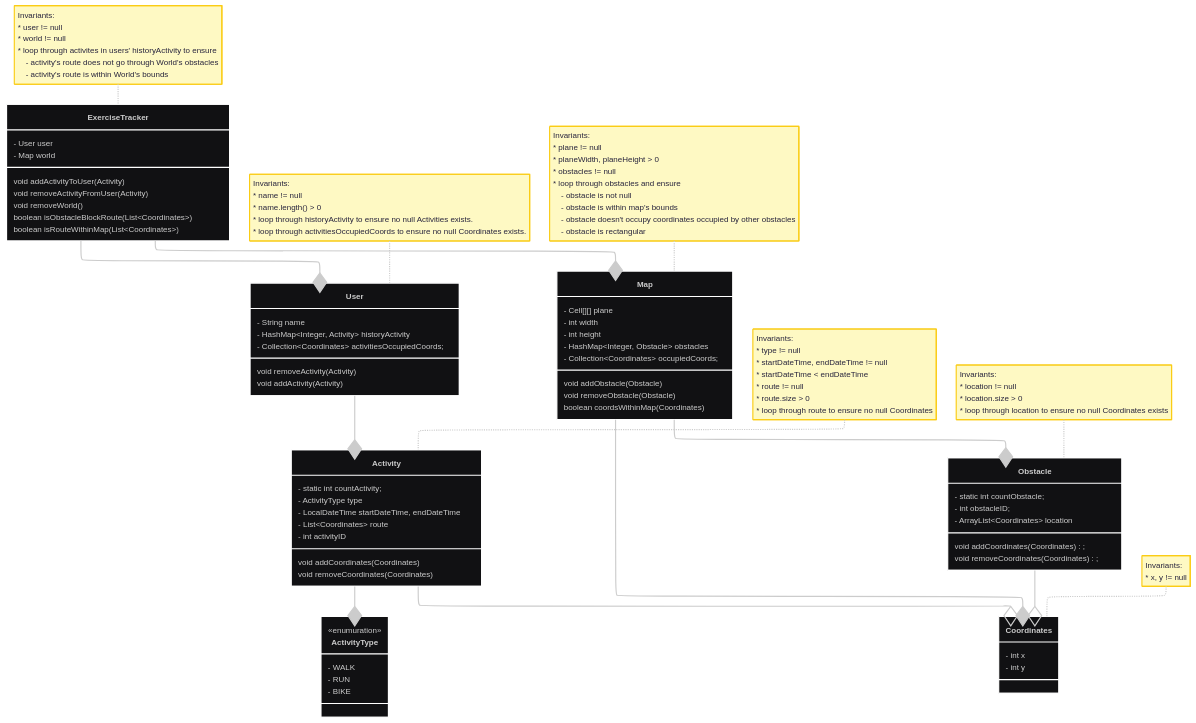
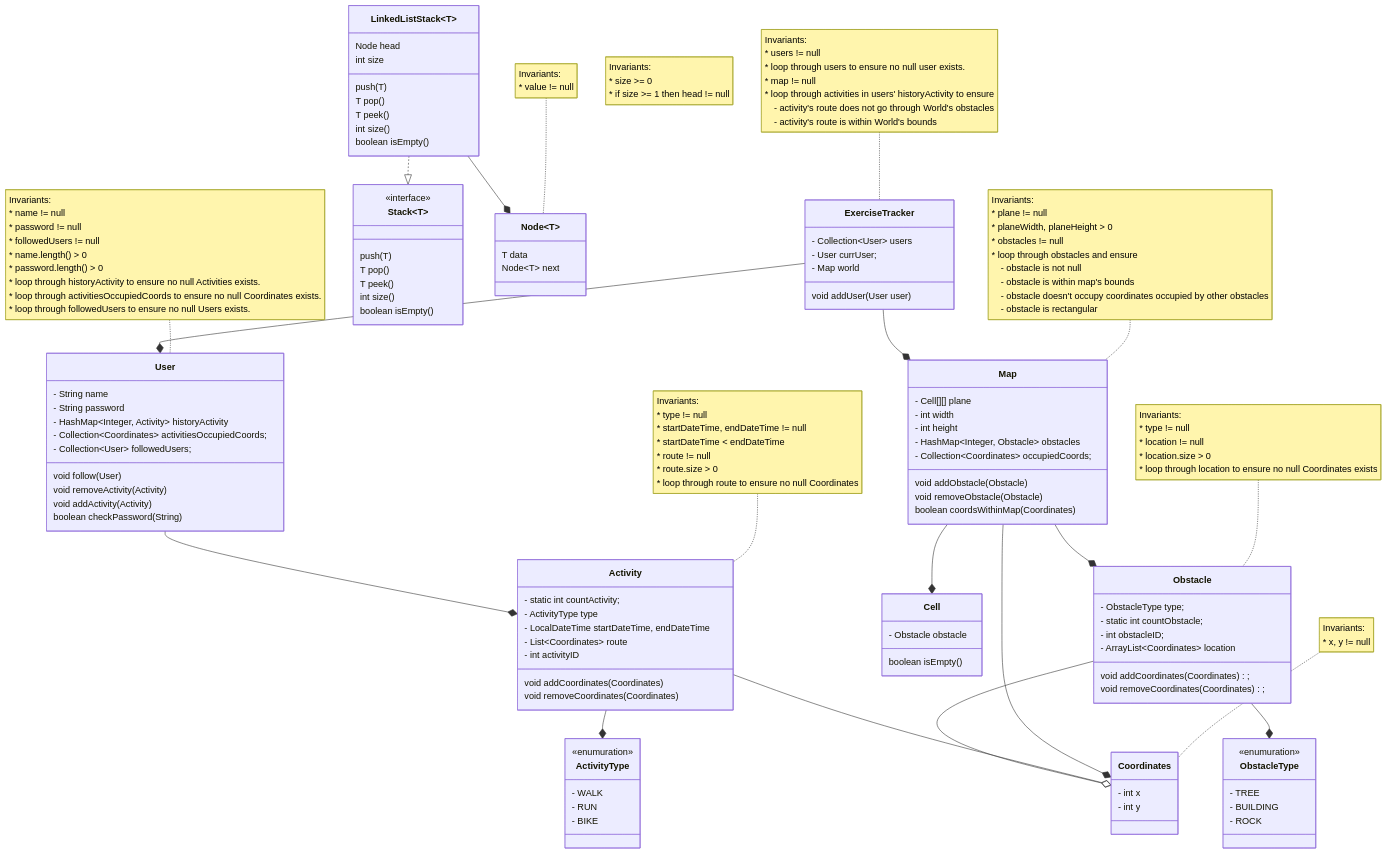
One commit to yudil-dev/Kudh changed the seventh of 7 diagrams in README.MD. Above: the diagram before and after it, drawn with Mermaid. The commit also changed other lines of this file and 69 other files, not shown here.

````diff
--- a/README.MD
+++ b/README.MD
@@ -69,28 +262,24 @@
 ```mermaid
----
-config:
-  theme: redux-dark
-  layout: elk
----
 classDiagram
     direction TB
     class ExerciseTracker {
-        - User user
+        - Collection~User~ users
+        - User currUser;
         - Map world
-        void addActivityToUser(Activity)
-        void removeActivityFromUser(Activity)
-        void removeWorld()
-        boolean isObstacleBlockRoute(List~Coordinates~)
-        boolean isRouteWithinMap(List~Coordinates~)
+        void addUser(User user) 
     }
 
     class User {
         - String name
+        - String password
         - HashMap~Integer, Activity~ historyActivity
         - Collection~Coordinates~ activitiesOccupiedCoords;
+        - Collection~User~ followedUsers;
 
+        void follow(User)
         void removeActivity(Activity)
         void addActivity(Activity)
+        boolean checkPassword(String)
     }
 
     class Activity {
@@ -113,18 +302,22 @@
         - Cell[][] plane
         - int width
         - int height
-
         - HashMap~Integer, Obstacle~ obstacles
         - Collection~Coordinates~ occupiedCoords;
-
         void addObstacle(Obstacle)
         void removeObstacle(Obstacle)
+        boolean coordsWithinMap(Coordinates)
+        
+    }
 
-        boolean coordsWithinMap(Coordinates)
+    class Cell {
+        - Obstacle obstacle
 
+        boolean isEmpty()
     }
 
     class Obstacle {
+        - ObstacleType type;
         - static int countObstacle;
         - int obstacleID;
         - ArrayList~Coordinates~ location
@@ -132,26 +325,67 @@
         void removeCoordinates(Coordinates) ;
     }
 
+    class ObstacleType {
+        - TREE
+        - BUILDING
+        - ROCK
+    }
+
     class Coordinates {
         - int x
         - int y
     }
 
+
+    class Stack~T~{
+        push(T)
+        T pop()
+        T peek()
+        int size()
+        boolean isEmpty()
+    }
+    <<interface>> Stack
+
+    class LinkedListStack~T~ {
+        Node head
+        int size
+
+        push(T)
+        T pop()
+        T peek()
+        int size()
+        boolean isEmpty()
+    }
+
+    class Node~T~ {
+        T data
+        Node~T~ next
+    }
+
+    LinkedListStack ..|> Stack
+    LinkedListStack --* Node
+
     <<enumuration>> ActivityType
+    <<enumuration>> ObstacleType
 
     note for ExerciseTracker " Invariants:
-    * user != null
-    * world != null
-    * loop through activites in users' historyActivity to ensure
+    * users != null
+    * loop through users to ensure no null user exists.
+    * map != null
+    * loop through activities in users' historyActivity to ensure
     &emsp;- activity's route does not go through World's obstacles
     &emsp;- activity's route is within World's bounds
     
     "
     note for User "Invariants:
         * name != null
+        * password != null
+        * followedUsers != null
         * name.length() > 0
+        * password.length() > 0
         * loop through historyActivity to ensure no null Activities exists.
         * loop through activitiesOccupiedCoords to ensure no null Coordinates exists.
+        * loop through followedUsers to ensure no null Users exists.
     "
     note for Activity "Invariants:
         * type != null
@@ -172,6 +406,7 @@
         &emsp;- obstacle is rectangular
     "
     note for Obstacle "Invariants:
+        * type != null
         * location != null
         * location.size > 0
         * loop through location to ensure no null Coordinates exists
@@ -180,12 +415,23 @@
         * x, y != null
     "
 
+    note for LinkedStack "Invariants:
+        * size >= 0
+        * if size >= 1 then head != null
+    "
+
+    note for Node "Invariants:
+        * value != null
+    "
+
     ExerciseTracker --* User
     ExerciseTracker --* Map
     Map --* Coordinates
     Activity --o Coordinates
     Map --* Obstacle
+    Map --* Cell
     Obstacle --o Coordinates
     User --* Activity
     Activity --* ActivityType
+    Obstacle --* ObstacleType
 ```
````
